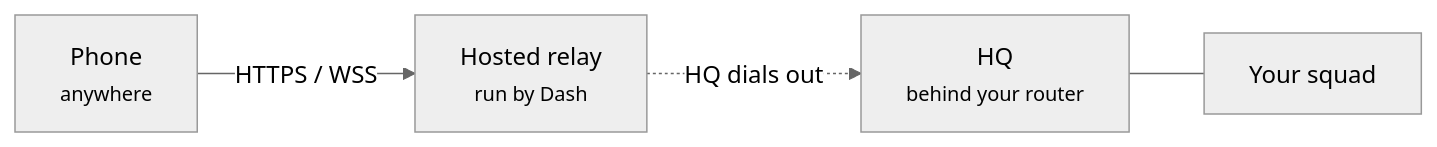
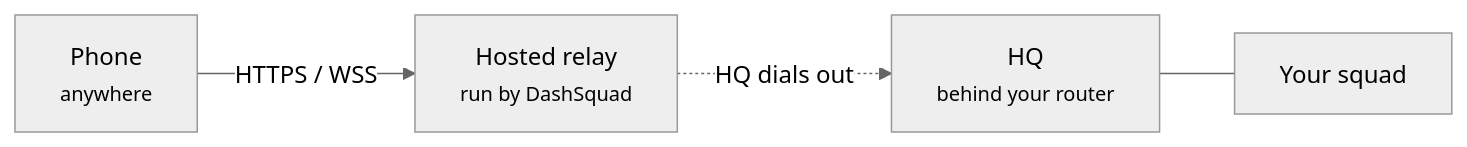
The diagram in remote-access.mdx (volumegambit/mintlify-docs), drawn with Mermaid (neutral theme) before and after one commit. The commit also changed other lines of this file and 19 other files, not shown here.

First line of the commit message:
docs: call the product DashSquad everywhere in prose

````diff
--- a/remote-access.mdx
+++ b/remote-access.mdx
@@ -43,6 +43,6 @@
 ```mermaid
 graph LR
-    Phone["Phone<br/><small>anywhere</small>"] -->|HTTPS / WSS| Relay["Hosted relay<br/><small>run by Dash</small>"]
+    Phone["Phone<br/><small>anywhere</small>"] -->|HTTPS / WSS| Relay["Hosted relay<br/><small>run by DashSquad</small>"]
     Relay -.->|HQ dials out| Gateway["HQ<br/><small>behind your router</small>"]
     Gateway --- Agents["Your squad"]
 ```
````
